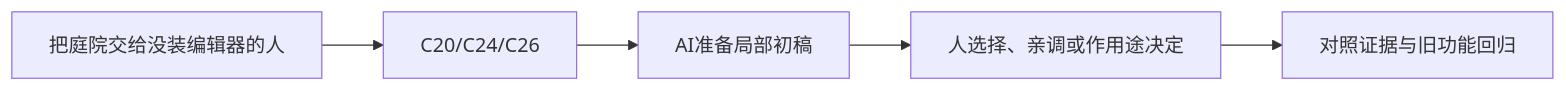
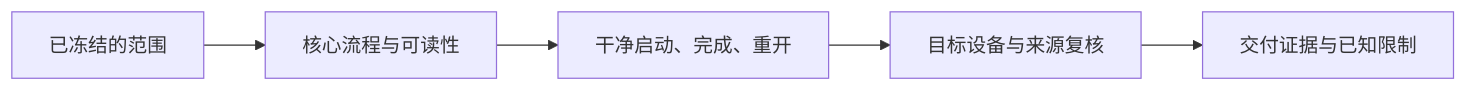
Before and after one commit to Zilur/ai-3d-game-learning: the diagram in curriculum/lessons/I11.md, drawn with Mermaid. The commit also changed other lines of this file and 164 other files, not shown here.

Commit message:
docs: publish 47 step-by-step AI lesson flows, world upgrade and optional training corner

````diff
--- a/curriculum/lessons/I11.md
+++ b/curriculum/lessons/I11.md
@@ -38,7 +35,7 @@
 ```mermaid
 flowchart LR
-  S["把庭院交给没装编辑器的人"] --> K["C20/C24/C26"]
-  K --> AI["AI准备局部初稿"]
-  AI --> H["人选择、亲调或作用途决定"]
-  H --> V["对照证据与旧功能回归"]
+ S["已冻结的范围"] --> C["核心流程与可读性"]
+ C --> T["干净启动、完成、重开"]
+ T --> P["目标设备与来源复核"]
+ P --> V["交付证据与已知限制"]
 ```
````
